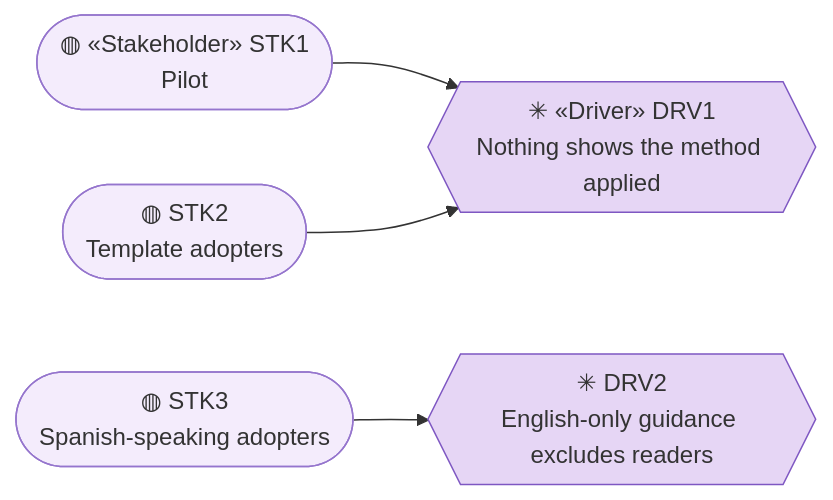
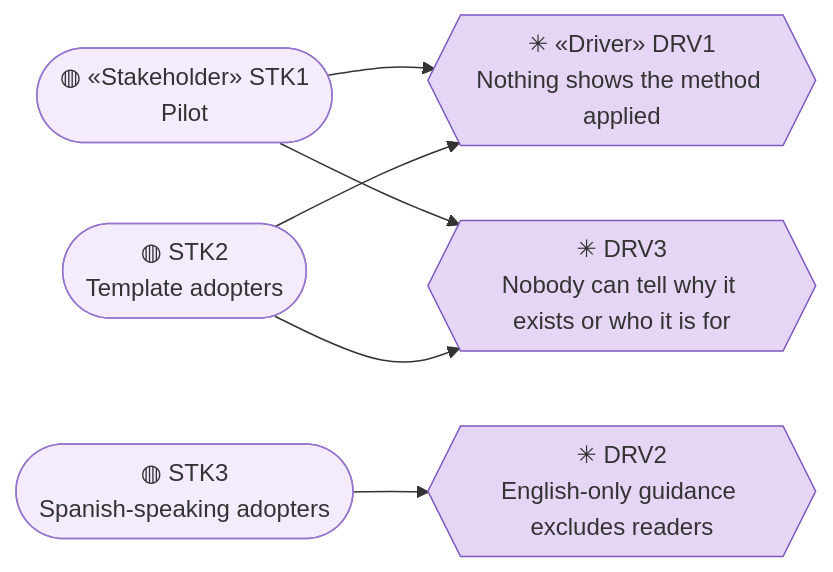
Before and after one commit to roanboc/architecture-archreator: the second of 4 diagrams in site/docs/ea/1_strategy/1_motivation.md, drawn with Mermaid. The commit also changed other lines of this file and 24 other files, not shown here.

````diff
--- a/site/docs/ea/1_strategy/1_motivation.md
+++ b/site/docs/ea/1_strategy/1_motivation.md
@@ -40,16 +40,19 @@
 ```mermaid
 flowchart LR
   stk1(["◍ «Stakeholder» STK1<br>Pilot"]):::stakeholder
   stk2(["◍ STK2<br>Template adopters"]):::stakeholder
   stk3(["◍ STK3<br>Spanish-speaking adopters"]):::stakeholder
 
   drv1{{"✳ «Driver» DRV1<br>Nothing shows the method applied"}}:::driver
   drv2{{"✳ DRV2<br>English-only guidance excludes readers"}}:::driver
+  drv3{{"✳ DRV3<br>Nobody can tell why it exists or who it is for"}}:::driver
 
   stk1 --> drv1
+  stk1 --> drv3
   stk2 --> drv1
+  stk2 --> drv3
   stk3 --> drv2
 
   classDef stakeholder fill:#f4ecfc,stroke:#9575cd,color:#333
   classDef driver fill:#e6d6f5,stroke:#7e57c2,color:#333
 ```
````
